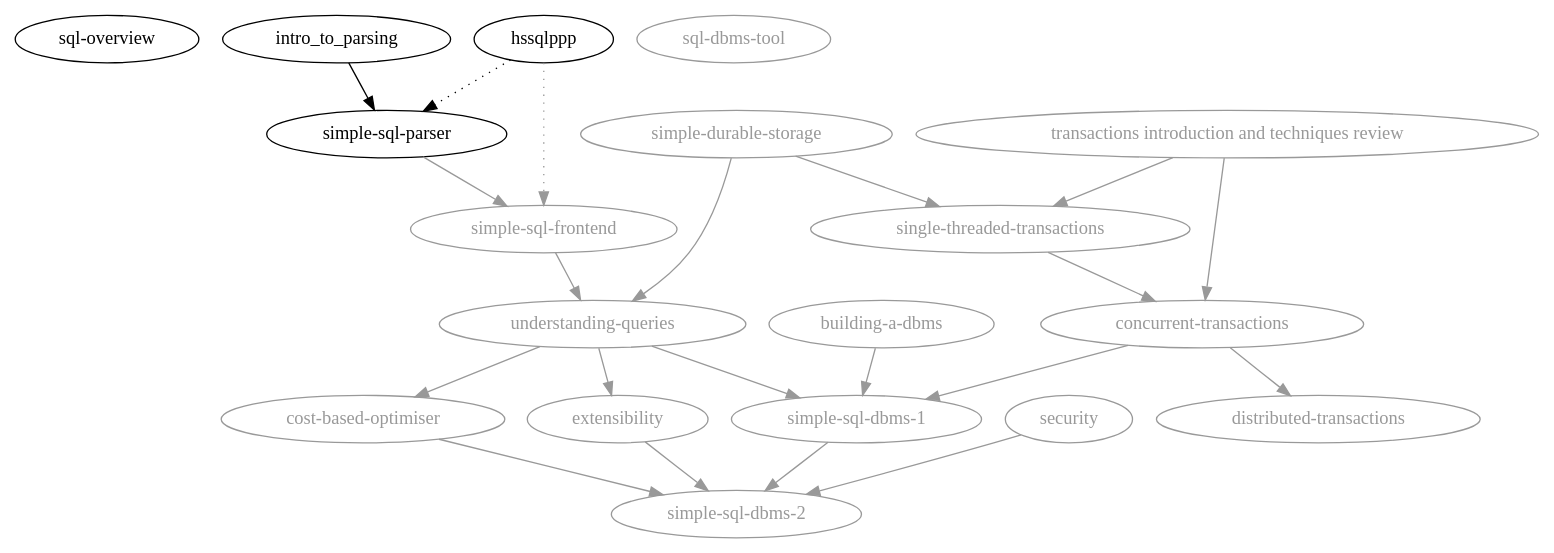
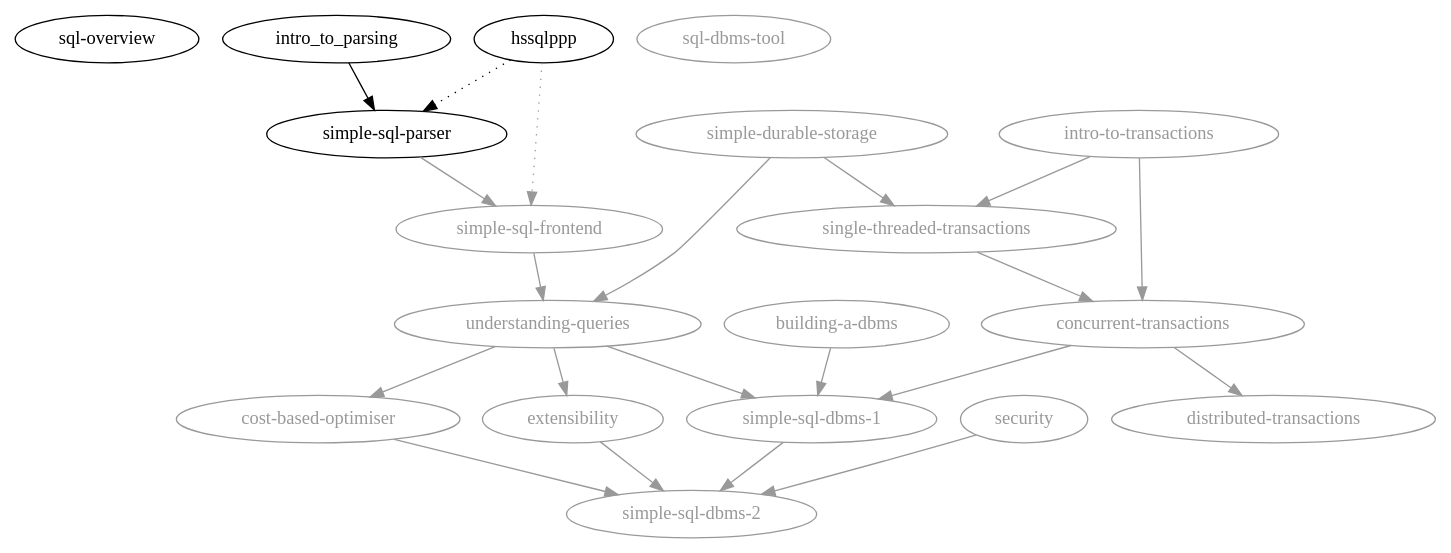
The diagram in projects_diagram.dot (JakeWheat/JakeWheat.github.io), drawn with Graphviz before and after one commit. The commit also changed 30 other files, not shown here.

```diff
--- a/projects_diagram.dot
+++ b/projects_diagram.dot
@@ -1,156 +1,156 @@
 
 // dot -Tsvg projects_diagram.dot -o projects_diagram.svg
 
 /*
 digraph {
 
 
       hssqlppp[label="hssqlppp",URL="http://jakewheat.github.io/hssqlppp/latest"];
 
       so[label="sql-overview",URL="http://jakewheat.github.io/sql-overview/"];
 
       itp[label="intro_to_parsing",URL="http://jakewheat.github.io/intro_to_parsing/"];
 
       ssp[label="simple-sql-parser",URL="http://jakewheat.github.io/simple-sql-parser/latest/"];
 
       ssf[label="simple-sql-frontend",color=gray,fontcolor=gray];
 
       ssdbms[label="simple-sql-dbms",color=gray,fontcolor=gray];
 
       uq[label="understanding-queries",color=gray,fontcolor=gray];
 
       sds[label="simple-durable-storage",color=gray,fontcolor=gray];
 
       stt[label="single-threaded-transactions",color=gray,fontcolor=gray];
 
       ct[label="concurrent-transactions",color=gray,fontcolor=gray];
 
       dt[label="distributed-transactions",color=gray,fontcolor=gray];
 
       cbo[label="cost-based-optimiser",color=gray,fontcolor=gray];
 
       e[label="extensibility",color=gray,fontcolor=gray];
 
       tool[label="sql-dbms-tool",color=gray,fontcolor=gray];
 
       bdbms[label="building-a-dbms",color=gray,fontcolor=gray];
 
       sec[label="security",color=gray,fontcolor=gray];
 
       hssqlppp -> ssp [style=dotted];
       hssqlppp -> ssf [style=dotted];
 
       itp -> ssp;
 
       ssp -> ssf;
 
       ssf -> uq;
 
       sds -> uq;
 
       sds -> stt;
 
       stt -> ct;
 
       ct -> dt;
 
       ct -> ssdbms;
 
       uq -> cbo;
 
       cbo -> ssdbms;
 
       e -> ssdbms;
 
       sec -> ssdbms;
 
       uq -> e;
 
       bdbms -> ssdbms;
 }
 
 */
 
 
 digraph  {
         
   subgraph xcluster_docs {
           label="documentation and demos";
           
-    so[label="sql-overview",URL="http://jakewheat.github.io/sql-overview/"];
-    itp[label="intro_to_parsing",URL="http://jakewheat.github.io/intro_to_parsing/"];
-    bdbms[label="building-a-dbms",color=gray60,fontcolor=gray60];
-    sec[label="security",color=gray60,fontcolor=gray60];
-    uq[label="understanding-queries",color=gray60,fontcolor=gray60];
-    sds[label="simple-durable-storage",color=gray60,fontcolor=gray60];
-    stt[label="single-threaded-transactions",color=gray60,fontcolor=gray60];
-    ct[label="concurrent-transactions",color=gray60,fontcolor=gray60];
-    dt[label="distributed-transactions",color=gray60,fontcolor=gray60];
-    cbo[label="cost-based-optimiser",color=gray60,fontcolor=gray60];
-    e[label="extensibility",color=gray60,fontcolor=gray60];
-    tr[label="transactions introduction and techniques review",color=gray60,fontcolor=gray60];
+    so[label="sql-overview",URL="sql-overview/"];
+    itp[label="intro_to_parsing",URL="intro_to_parsing/"];
+    bdbms[label="building-a-dbms",color=gray60,fontcolor=gray60,URL="building-a-dbms/"];
+    sec[label="security",color=gray60,fontcolor=gray60,URL="security/"];
+    uq[label="understanding-queries",color=gray60,fontcolor=gray60,URL="understanding-queries/"];
+    sds[label="simple-durable-storage",color=gray60,fontcolor=gray60,URL="simple-durable-storage/"];
+    stt[label="single-threaded-transactions",color=gray60,fontcolor=gray60,URL="single-threaded-transactions/"];
+    ct[label="concurrent-transactions",color=gray60,fontcolor=gray60,URL="concurrent-transactions/"];
+    dt[label="distributed-transactions",color=gray60,fontcolor=gray60,URL="distributed-transactions/"];
+    cbo[label="cost-based-optimiser",color=gray60,fontcolor=gray60,URL="cost-based-optimiser/"];
+    e[label="extensibility",color=gray60,fontcolor=gray60,URL="extensibility/"];
+    tr[label="intro-to-transactions",color=gray60,fontcolor=gray60,URL="intro-to-transactions/"];
   }
 
   subgraph xcluster_libs {
           label="libraries";
           
-    hssqlppp[label="hssqlppp",URL="http://jakewheat.github.io/hssqlppp/latest"];
-    ssp[label="simple-sql-parser",URL="http://jakewheat.github.io/simple-sql-parser/latest/"];
-    ssf[label="simple-sql-frontend",color=gray60,fontcolor=gray60];
+    hssqlppp[label="hssqlppp",URL="hssqlppp/latest"];
+    ssp[label="simple-sql-parser",URL="simple-sql-parser/latest/"];
+    ssf[label="simple-sql-frontend",color=gray60,fontcolor=gray60,URL="simple-sql-frontend/"];
   }
 
   subgraph xcluster_exes {
           label="executables";
           
-    ssdbms1[label="simple-sql-dbms-1",color=gray60,fontcolor=gray60];
-    ssdbms2[label="simple-sql-dbms-2",color=gray60,fontcolor=gray60];
-    tool[label="sql-dbms-tool",color=gray60,fontcolor=gray60];
+    ssdbms1[label="simple-sql-dbms-1",color=gray60,fontcolor=gray60,URL="simple-sql-dbms-1/"];
+    ssdbms2[label="simple-sql-dbms-2",color=gray60,fontcolor=gray60,URL="simple-sql-dbms-2/"];
+    tool[label="sql-dbms-tool",color=gray60,fontcolor=gray60,URL="sql-dbms-tool/"];
   }
 
 
   /*
   missing:
   intro to ssf
   intro to transactions: combine with transactions techinques overview?
   */
 
   hssqlppp -> ssp [style=dotted]
   ;
   hssqlppp -> ssf [style=dotted,color=gray60];
 
   itp -> ssp;
 
   ssp -> ssf [color=gray60];
 
   ssf -> uq [color=gray60];
 
   sds -> uq [color=gray60];
 
   sds -> stt [color=gray60];
 
   stt -> ct [color=gray60];
 
   tr -> stt [color=gray60];
   tr -> ct [color=gray60];
 
   ct -> dt [color=gray60];
 
   ct -> ssdbms1 [color=gray60];
 
   ssdbms1 -> ssdbms2 [color=gray60];
 
   uq -> ssdbms1 [color=gray60];
 
   uq -> cbo [color=gray60];
 
   cbo -> ssdbms2 [color=gray60];
 
   e -> ssdbms2 [color=gray60];
 
 
   sec -> ssdbms2 [color=gray60];
 
   uq -> e [color=gray60];
 
   bdbms -> ssdbms1 [color=gray60];
 }
```
